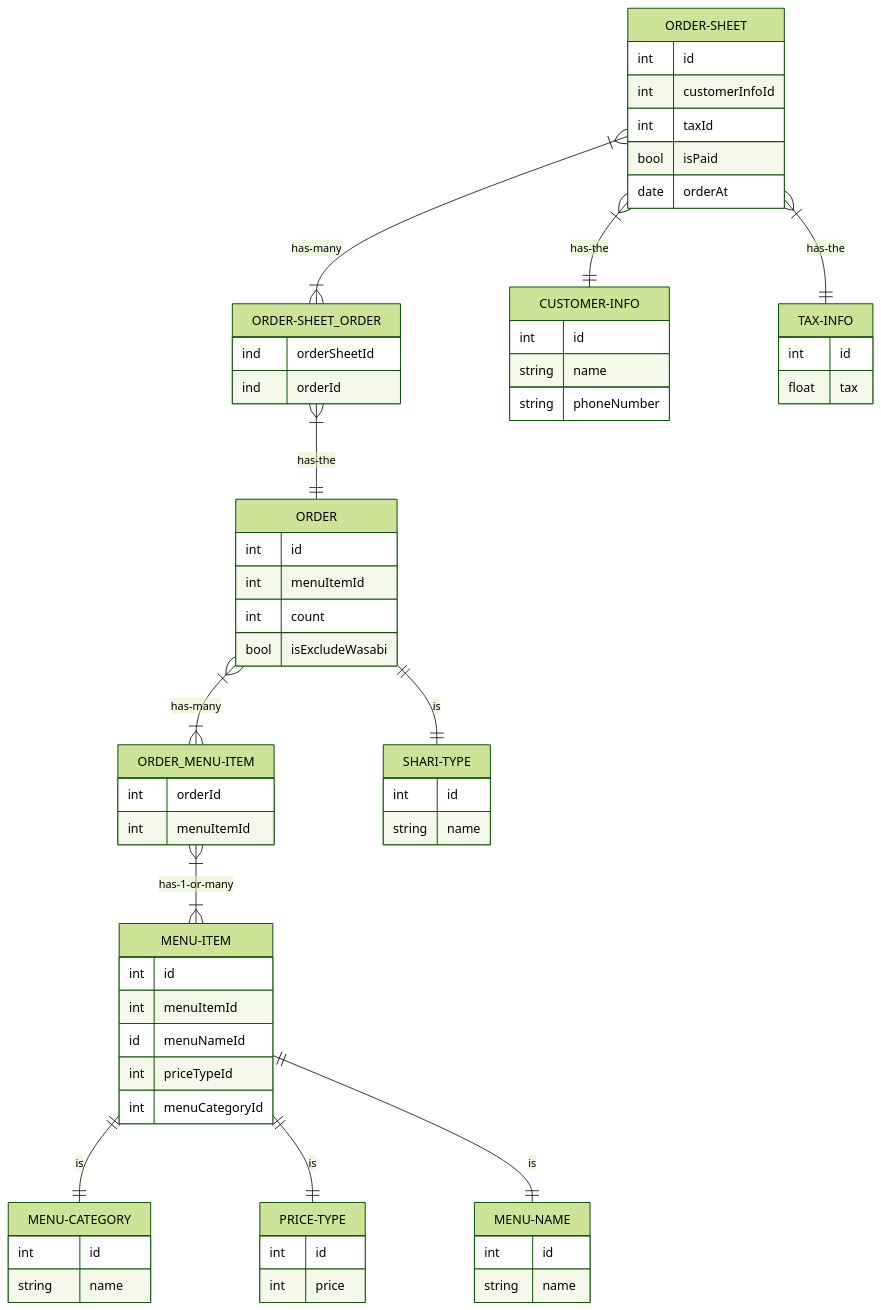
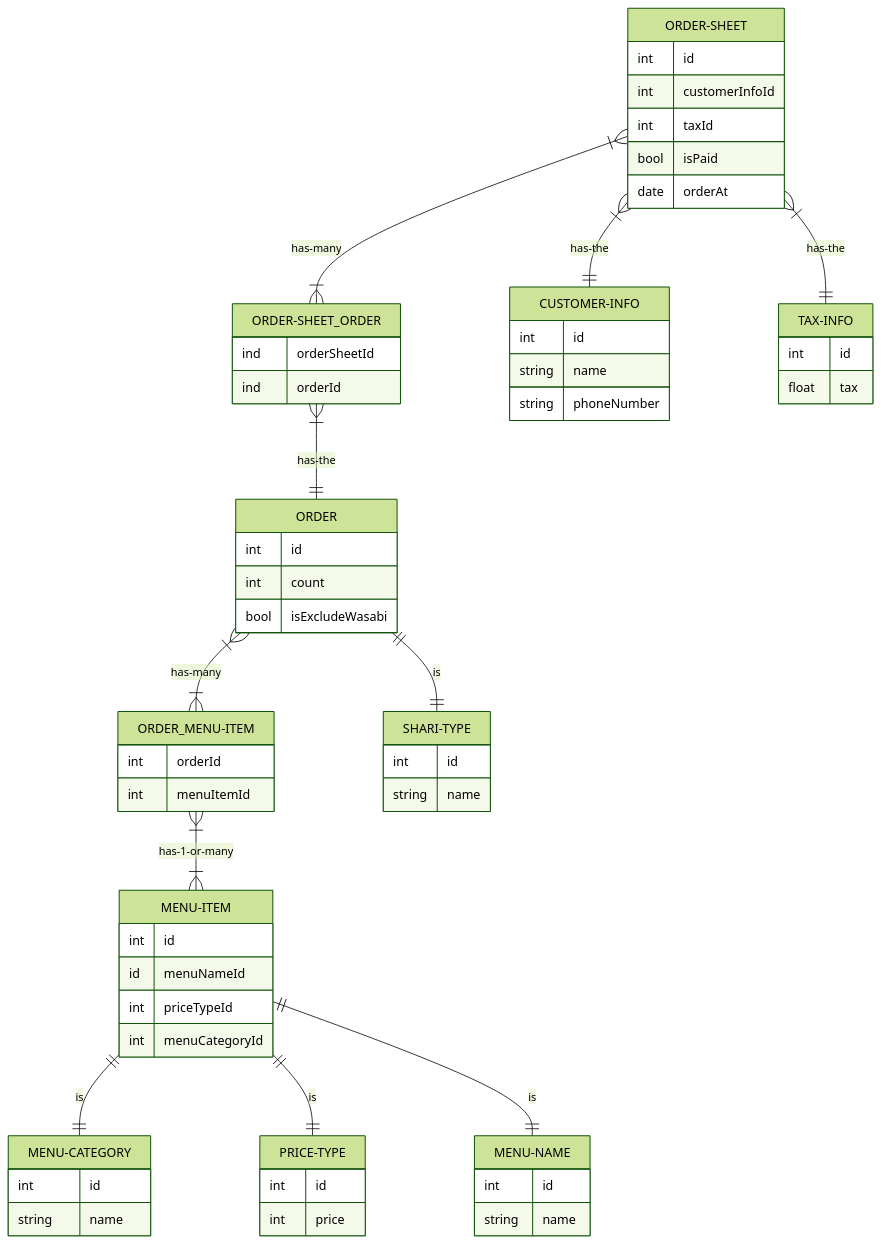
One commit to junseinagao/praha-challenge changed the second of 2 diagrams in データベース設計/DBモデリング1/README.md. Above: the diagram before and after it, drawn with Mermaid (forest theme).

Commit message:
課題2を修正

````diff
--- a/データベース設計/DBモデリング1/README.md
+++ b/データベース設計/DBモデリング1/README.md
@@ -74,77 +74,75 @@
 ```mermaid
 erDiagram
     ORDER-SHEET }|--|{ ORDER-SHEET_ORDER : has-many
     ORDER-SHEET }|--|| CUSTOMER-INFO : has-the
     ORDER-SHEET }|--|| TAX-INFO : has-the
     ORDER-SHEET_ORDER }|--|| ORDER : has-the
     ORDER }|--|{ ORDER_MENU-ITEM : has-many
     ORDER ||--|| SHARI-TYPE : is
     ORDER_MENU-ITEM }|--|{ MENU-ITEM : has-1-or-many
     MENU-ITEM ||--|| MENU-CATEGORY : is
     MENU-ITEM ||--|| PRICE-TYPE : is
     MENU-ITEM ||--|| MENU-NAME: is
 
     ORDER-SHEET {
         int id
         int customerInfoId
         int taxId
         bool isPaid
         date orderAt
     }
 
     ORDER-SHEET_ORDER {
         ind orderSheetId
         ind orderId
     }
 
     ORDER {
         int id
-        int menuItemId
         int count
         bool isExcludeWasabi
     }
 
     ORDER_MENU-ITEM {
         int orderId
         int menuItemId
     }
 
     MENU-ITEM {
         int id
-        int menuItemId
         id menuNameId
         int priceTypeId
         int menuCategoryId
     }
 
     MENU-NAME {
         int id
         string name
     }
 
     SHARI-TYPE {
         int id
         string name
     }
 
     PRICE-TYPE {
         int id
         int price
     }
 
     MENU-CATEGORY {
         int id
         string name
     }
 
     CUSTOMER-INFO {
         int id
         string name
         string phoneNumber
     }
 
     TAX-INFO {
         int id
         float tax
     }
 ```
````
